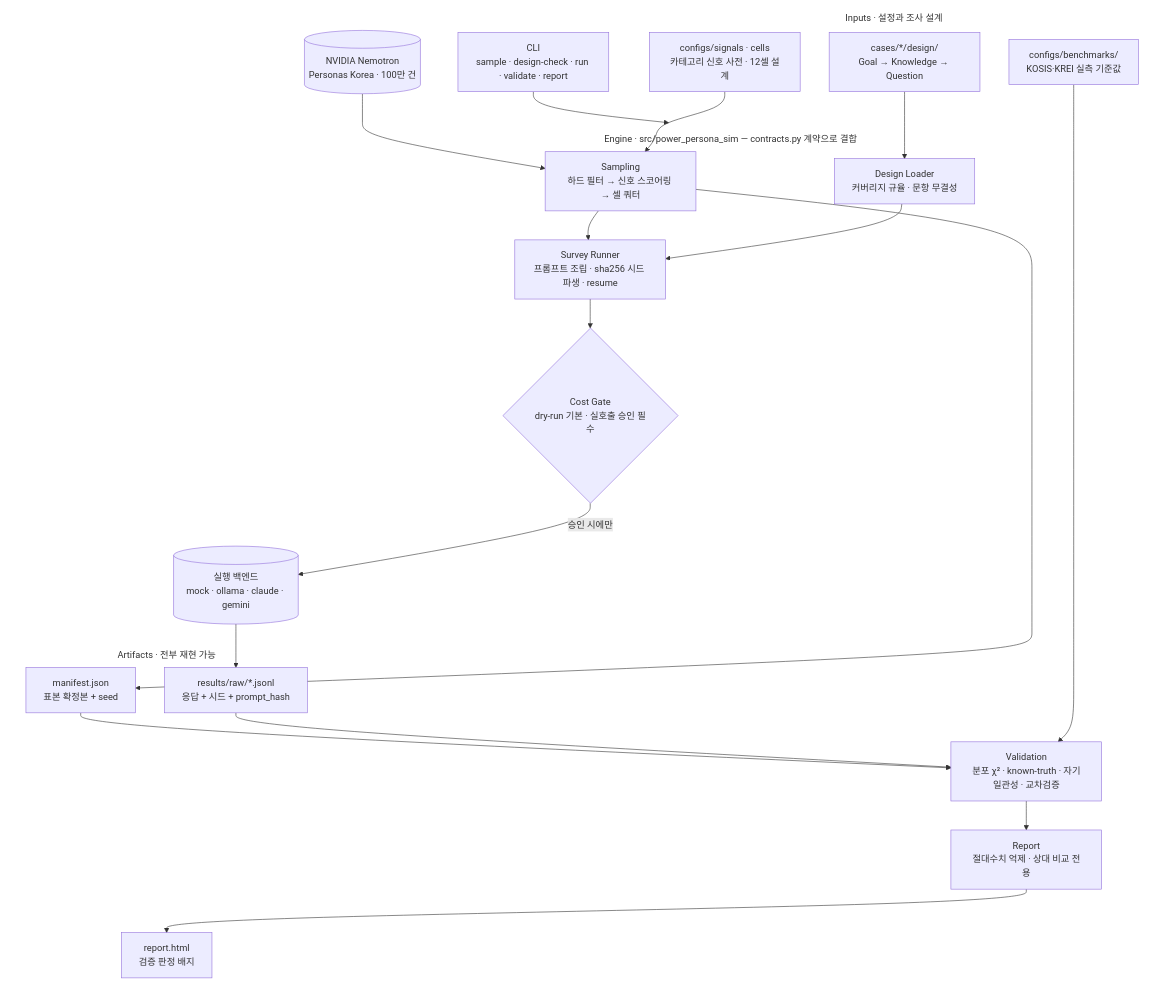
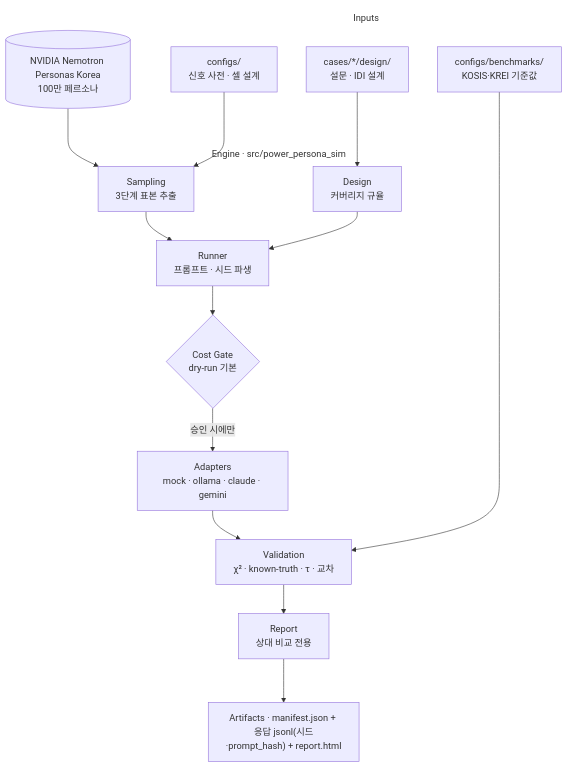
The diagram in README.md (Power-xc/power-persona-sim), drawn with Mermaid before and after one commit.

Commit message:
docs: 아키텍처 구조도 비율 정리 — 세로 단일 흐름·교차 엣지 축소

````diff
--- a/README.md
+++ b/README.md
@@ -25,51 +25,40 @@
 ```mermaid
 %%{init: {"flowchart": {"subGraphTitleMargin": {"top": 8, "bottom": 8}}}}%%
 
 flowchart TD
-    CLI["CLI<br/>sample · design-check · run · validate · report"]
+    DS[("NVIDIA Nemotron Personas Korea<br/>100만 페르소나")]
 
-    subgraph IN["Inputs · 설정과 조사 설계"]
-        CFG["configs/signals · cells<br/>카테고리 신호 사전 · 12셀 설계"]
-        SVY["cases/*/design/<br/>Goal → Knowledge → Question"]
-        BENCH["configs/benchmarks/<br/>KOSIS·KREI 실측 기준값"]
+    subgraph IN["Inputs"]
+        CFG["configs/<br/>신호 사전 · 셀 설계"]
+        SVY["cases/*/design/<br/>설문 · IDI 설계"]
+        BENCH["configs/benchmarks/<br/>KOSIS·KREI 기준값"]
     end
 
-    subgraph ENGINE["Engine · src/power_persona_sim — contracts.py 계약으로 결합"]
-        SMP["Sampling<br/>하드 필터 → 신호 스코어링 → 셀 쿼터"]
-        DSG["Design Loader<br/>커버리지 규율 · 문항 무결성"]
-        RUN["Survey Runner<br/>프롬프트 조립 · sha256 시드 파생 · resume"]
-        GATE{"Cost Gate<br/>dry-run 기본 · 실호출 승인 필수"}
-        VAL["Validation<br/>분포 χ² · known-truth · 자기일관성 · 교차검증"]
-        RPT["Report<br/>절대수치 억제 · 상대 비교 전용"]
+    subgraph ENGINE["Engine · src/power_persona_sim"]
+        SMP["Sampling<br/>3단계 표본 추출"]
+        DSG["Design<br/>커버리지 규율"]
+        RUN["Runner<br/>프롬프트 · 시드 파생"]
+        GATE{"Cost Gate<br/>dry-run 기본"}
+        ADP["Adapters<br/>mock · ollama · claude · gemini"]
+        VAL["Validation<br/>χ² · known-truth · τ · 교차"]
+        RPT["Report<br/>상대 비교 전용"]
 
         SMP --> RUN
         DSG --> RUN
         RUN --> GATE
+        GATE -->|"승인 시에만"| ADP
+        ADP --> VAL
         VAL --> RPT
     end
 
-    subgraph OUT["Artifacts · 전부 재현 가능"]
-        MF["manifest.json<br/>표본 확정본 + seed"]
-        LOG["results/raw/*.jsonl<br/>응답 + 시드 + prompt_hash"]
-        HTML["report.html<br/>검증 판정 배지"]
-    end
+    OUT["Artifacts · manifest.json + 응답 jsonl(시드·prompt_hash) + report.html"]
 
-    DS[("NVIDIA Nemotron<br/>Personas Korea · 100만 건")]
-    LLM[("실행 백엔드<br/>mock · ollama · claude · gemini")]
-
-    CLI --> ENGINE
     DS --> SMP
     CFG --> SMP
     SVY --> DSG
-    SMP --> MF
-    GATE -->|"승인 시에만"| LLM
-    LLM --> LOG
-    MF --> VAL
-    LOG --> VAL
     BENCH --> VAL
-    RPT --> HTML
+    RPT --> OUT
 
     style IN fill:transparent,stroke:transparent
     style ENGINE fill:transparent,stroke:transparent
-    style OUT fill:transparent,stroke:transparent
 ```
````
